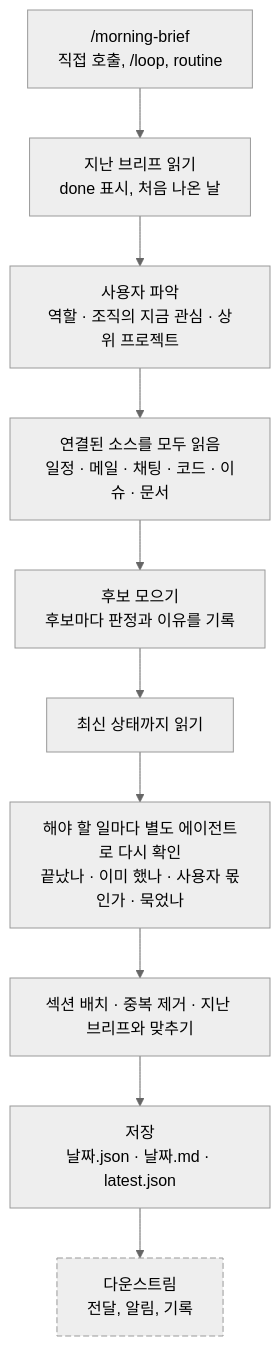
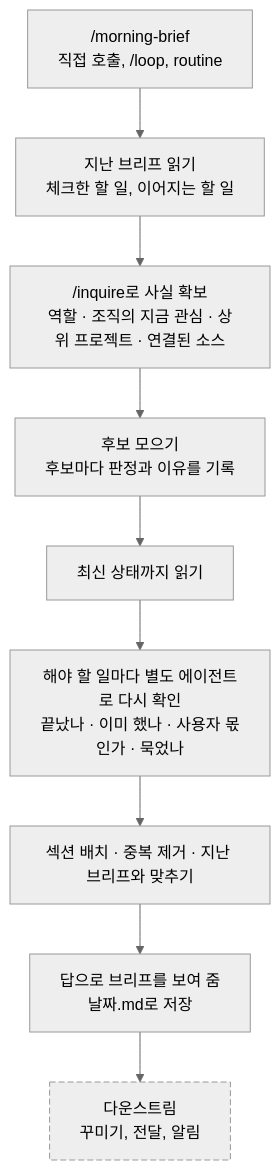
The diagram in morning-brief/README.md (jongwony/cc-plugin), drawn with Mermaid (neutral theme) before and after one commit. The commit also changed other lines of this file and 6 other files, not shown here.

First line of the commit message:
Hand morning-brief's fact-finding to /inquire and drop the output contract

````diff
--- a/morning-brief/README.md
+++ b/morning-brief/README.md
@@ -9,13 +9,12 @@
 ```mermaid
 flowchart TD
-  A["/morning-brief<br/>직접 호출, /loop, routine"] --> B["지난 브리프 읽기<br/>done 표시, 처음 나온 날"]
-  B --> C["사용자 파악<br/>역할 · 조직의 지금 관심 · 상위 프로젝트"]
-  C --> D["연결된 소스를 모두 읽음<br/>일정 · 메일 · 채팅 · 코드 · 이슈 · 문서"]
-  D --> E["후보 모으기<br/>후보마다 판정과 이유를 기록"]
+  A["/morning-brief<br/>직접 호출, /loop, routine"] --> B["지난 브리프 읽기<br/>체크한 할 일, 이어지는 할 일"]
+  B --> C["/inquire로 사실 확보<br/>역할 · 조직의 지금 관심 · 상위 프로젝트 · 연결된 소스"]
+  C --> E["후보 모으기<br/>후보마다 판정과 이유를 기록"]
   E --> F["최신 상태까지 읽기"]
   F --> G["해야 할 일마다 별도 에이전트로 다시 확인<br/>끝났나 · 이미 했나 · 사용자 몫인가 · 묵었나"]
   G --> H["섹션 배치 · 중복 제거 · 지난 브리프와 맞추기"]
-  H --> I["저장<br/>날짜.json · 날짜.md · latest.json"]
-  I --> J["다운스트림<br/>전달, 알림, 기록"]:::down
+  H --> I["답으로 브리프를 보여 줌<br/>날짜.md로 저장"]
+  I --> J["다운스트림<br/>꾸미기, 전달, 알림"]:::down
   classDef down stroke-dasharray:6 3
 ```
````
